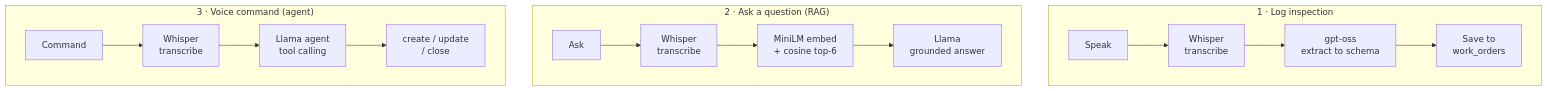
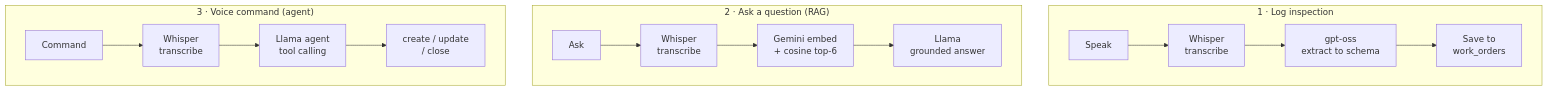
The second of 4 diagrams in README.md (FSBM/voice-field-assistant), drawn with Mermaid before and after one commit. The commit also changed other lines of this file and 15 other files, not shown here.

````diff
--- a/README.md
+++ b/README.md
@@ -72,15 +72,15 @@
 ```mermaid
 flowchart TD
   subgraph one["1 · Log inspection"]
     direction LR
     a1["Speak"] --> a2["Whisper<br/>transcribe"] --> a3["gpt-oss<br/>extract to schema"] --> a4["Save to<br/>work_orders"]
   end
   subgraph two["2 · Ask a question (RAG)"]
     direction LR
-    b1["Ask"] --> b2["Whisper<br/>transcribe"] --> b3["MiniLM embed<br/>+ cosine top-6"] --> b4["Llama<br/>grounded answer"]
+    b1["Ask"] --> b2["Whisper<br/>transcribe"] --> b3["Gemini embed<br/>+ cosine top-6"] --> b4["Llama<br/>grounded answer"]
   end
   subgraph three["3 · Voice command (agent)"]
     direction LR
     c1["Command"] --> c2["Whisper<br/>transcribe"] --> c3["Llama agent<br/>tool calling"] --> c4["create / update<br/>/ close"]
   end
 ```
````
